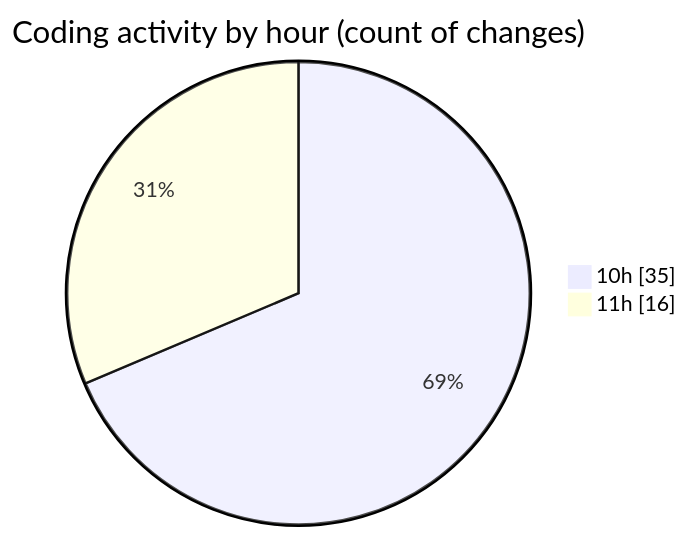
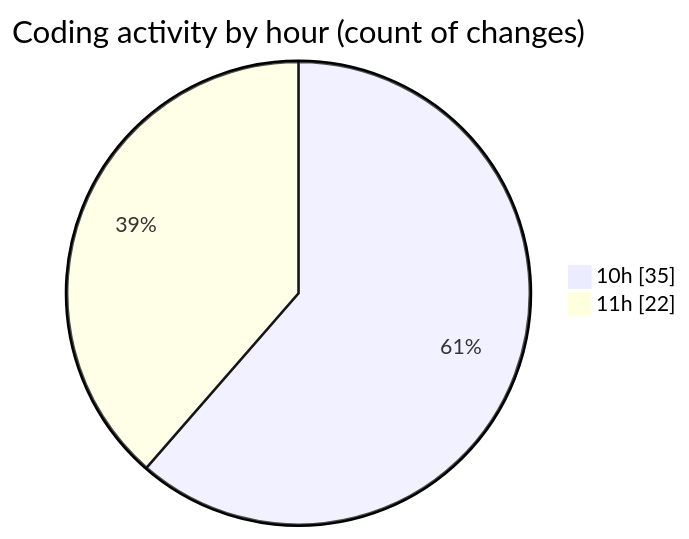
The second of 2 diagrams in 2025-03-28/cda/README.md (momahboobian/code-tracking), drawn with Mermaid before and after one commit. The commit also changed other lines of this file and 1 other file, not shown here.

````diff
--- a/2025-03-28/cda/README.md
+++ b/2025-03-28/cda/README.md
@@ -32,6 +32,6 @@
 ```mermaid
 pie showData
 title Coding activity by hour (count of changes)
 "10h" : 35
-"11h" : 16
+"11h" : 22
 ```
````
